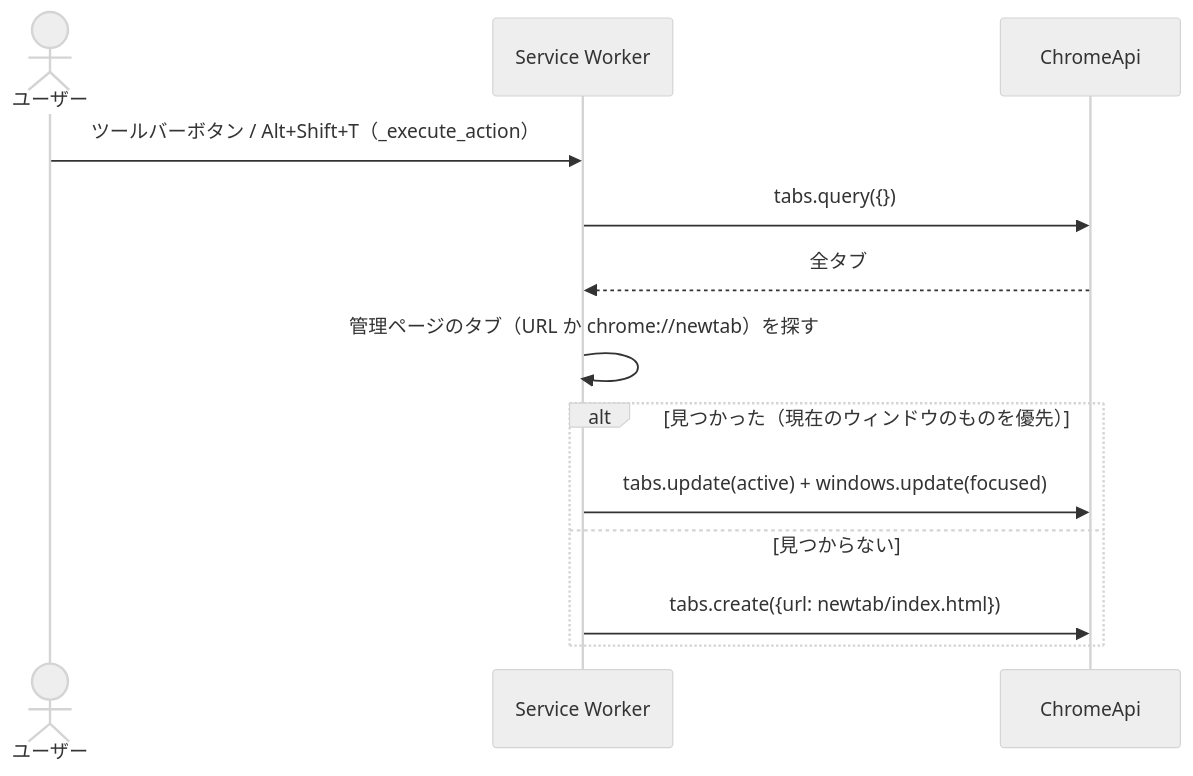
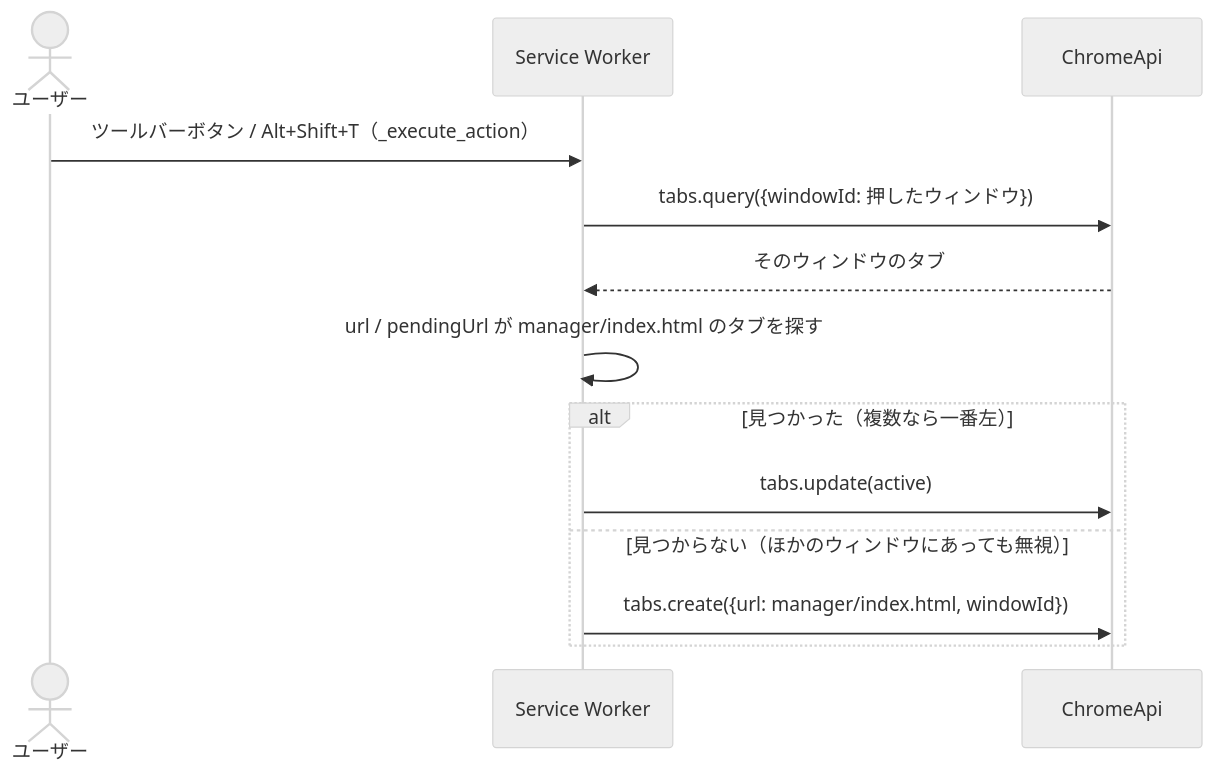
One commit to urzk/urzk-tab-manager changed the eighth of 9 diagrams in docs/architecture.md. Above: the diagram before and after it, drawn with Mermaid (neutral theme). The commit also changed other lines of this file and 12 other files, not shown here.

````diff
--- a/docs/architecture.md
+++ b/docs/architecture.md
@@ -281,16 +281,16 @@
 ```mermaid
 sequenceDiagram
   actor User as ユーザー
   participant SW as Service Worker
   participant Chrome as ChromeApi
 
   User->>SW: ツールバーボタン / Alt+Shift+T（_execute_action）
-  SW->>Chrome: tabs.query({})
-  Chrome-->>SW: 全タブ
-  SW->>SW: 管理ページのタブ（URL か chrome://newtab）を探す
-  alt 見つかった（現在のウィンドウのものを優先）
-    SW->>Chrome: tabs.update(active) + windows.update(focused)
-  else 見つからない
-    SW->>Chrome: tabs.create({url: newtab/index.html})
+  SW->>Chrome: tabs.query({windowId: 押したウィンドウ})
+  Chrome-->>SW: そのウィンドウのタブ
+  SW->>SW: url / pendingUrl が manager/index.html のタブを探す
+  alt 見つかった（複数なら一番左）
+    SW->>Chrome: tabs.update(active)
+  else 見つからない（ほかのウィンドウにあっても無視）
+    SW->>Chrome: tabs.create({url: manager/index.html, windowId})
   end
 ```
````
